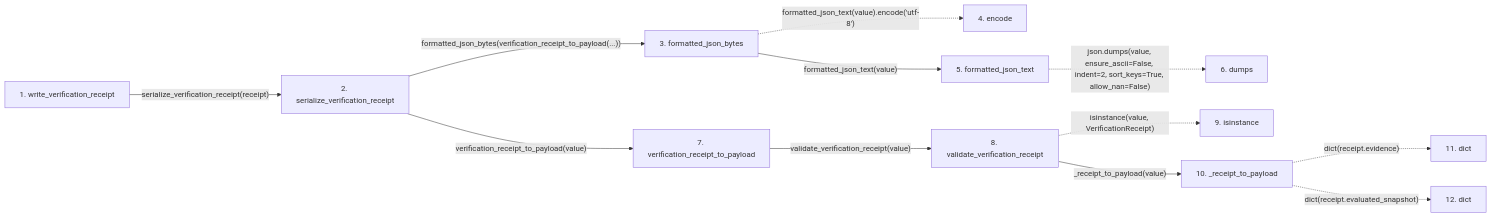
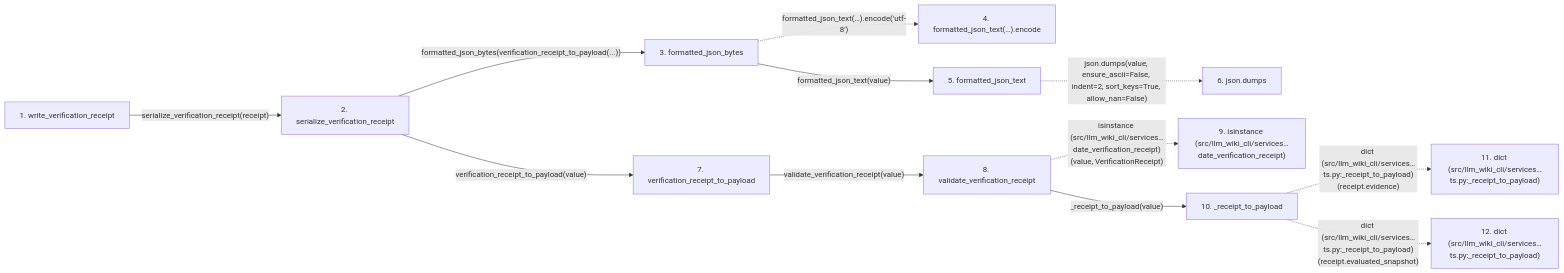
Before and after one commit to Denissvgn/python-wiki-llm: the second of 2 diagrams in docs/llm_wiki/flows/api-write_verification_receipt.md, drawn with Mermaid. The commit also changed other lines of this file and 719 other files, not shown here.

````diff
--- a/docs/llm_wiki/flows/api-write_verification_receipt.md
+++ b/docs/llm_wiki/flows/api-write_verification_receipt.md
@@ -72,33 +76,33 @@
 ```mermaid
 flowchart LR
     s1["1. write_verification_receipt"]
     s2["2. serialize_verification_receipt"]
     s3["3. formatted_json_bytes"]
-    s4["4. encode"]
+    s4["4. formatted_json_text(…).encode"]
     s5["5. formatted_json_text"]
-    s6["6. dumps"]
+    s6["6. json.dumps"]
     s7["7. verification_receipt_to_payload"]
     s8["8. validate_verification_receipt"]
-    s9["9. isinstance"]
+    s9["9. isinstance (src/llm_wiki_cli/services…date_verification_receipt)"]
     s10["10. _receipt_to_payload"]
-    s11["11. dict"]
-    s12["12. dict"]
+    s11["11. dict (src/llm_wiki_cli/services…ts.py:_receipt_to_payload)"]
+    s12["12. dict (src/llm_wiki_cli/services…ts.py:_receipt_to_payload)"]
     s1 -->|"serialize_verification_receipt(receipt)"| s2
     s2 -->|"formatted_json_bytes(verification_receipt_to_payload(...))"| s3
-    s3 -. "formatted_json_text(value).encode('utf-8')" .-> s4
+    s3 -. "formatted_json_text(…).encode('utf-8')" .-> s4
     s3 -->|"formatted_json_text(value)"| s5
     s5 -. "json.dumps(value, ensure_ascii=False, indent=2, sort_keys=True, allow_nan=False)" .-> s6
     s2 -->|"verification_receipt_to_payload(value)"| s7
     s7 -->|"validate_verification_receipt(value)"| s8
-    s8 -. "isinstance(value, VerificationReceipt)" .-> s9
+    s8 -. "isinstance (src/llm_wiki_cli/services…date_verification_receipt)(value, VerificationReceipt)" .-> s9
     s8 -->|"_receipt_to_payload(value)"| s10
-    s10 -. "dict(receipt.evidence)" .-> s11
-    s10 -. "dict(receipt.evaluated_snapshot)" .-> s12
+    s10 -. "dict (src/llm_wiki_cli/services…ts.py:_receipt_to_payload)(receipt.evidence)" .-> s11
+    s10 -. "dict (src/llm_wiki_cli/services…ts.py:_receipt_to_payload)(receipt.evaluated_snapshot)" .-> s12
     click s1 "../modules/verification_contracts.md"
     click s2 "../modules/verification_contracts.md"
     click s3 "../modules/knowledge_evidence.md"
     click s5 "../modules/knowledge_evidence.md"
     click s7 "../modules/verification_contracts.md"
     click s8 "../modules/verification_contracts.md"
     click s10 "../modules/verification_contracts.md"
 ```
````
